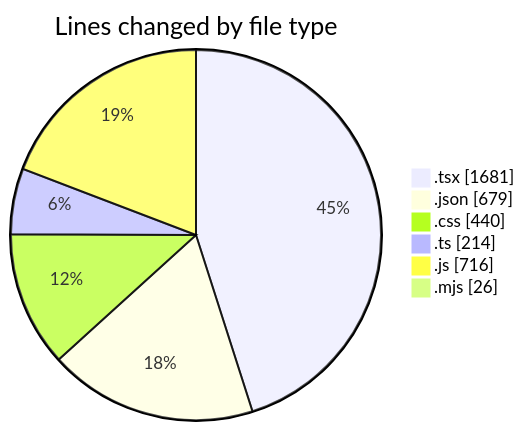
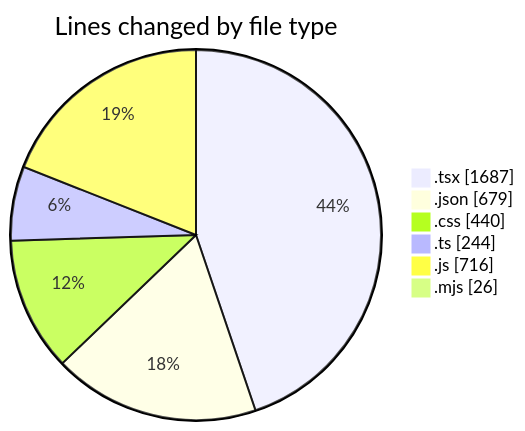
Before and after one commit to Elitesun/code-tracking: the first of 2 diagrams in 2025-05-04/niten/README.md, drawn with Mermaid. The commit also changed other lines of this file and 1 other file, not shown here.

````diff
--- a/2025-05-04/niten/README.md
+++ b/2025-05-04/niten/README.md
@@ -53,10 +55,10 @@
 ```mermaid
 pie showData
 title Lines changed by file type
-".tsx" : 1681
+".tsx" : 1687
 ".json" : 679
 ".css" : 440
-".ts" : 214
+".ts" : 244
 ".js" : 716
 ".mjs" : 26
 ```
````
